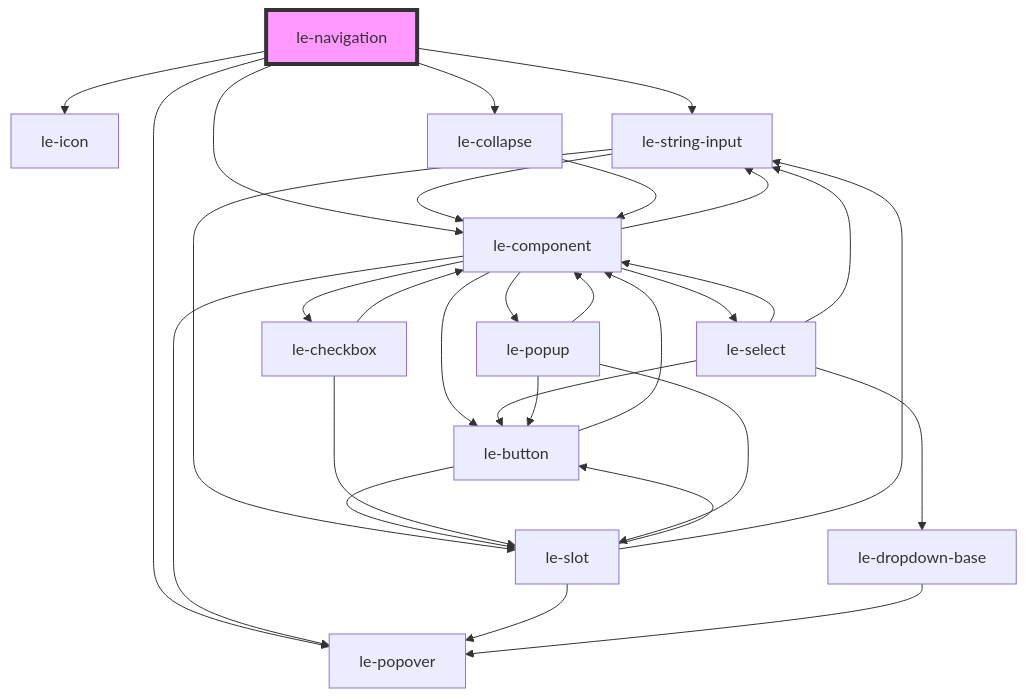
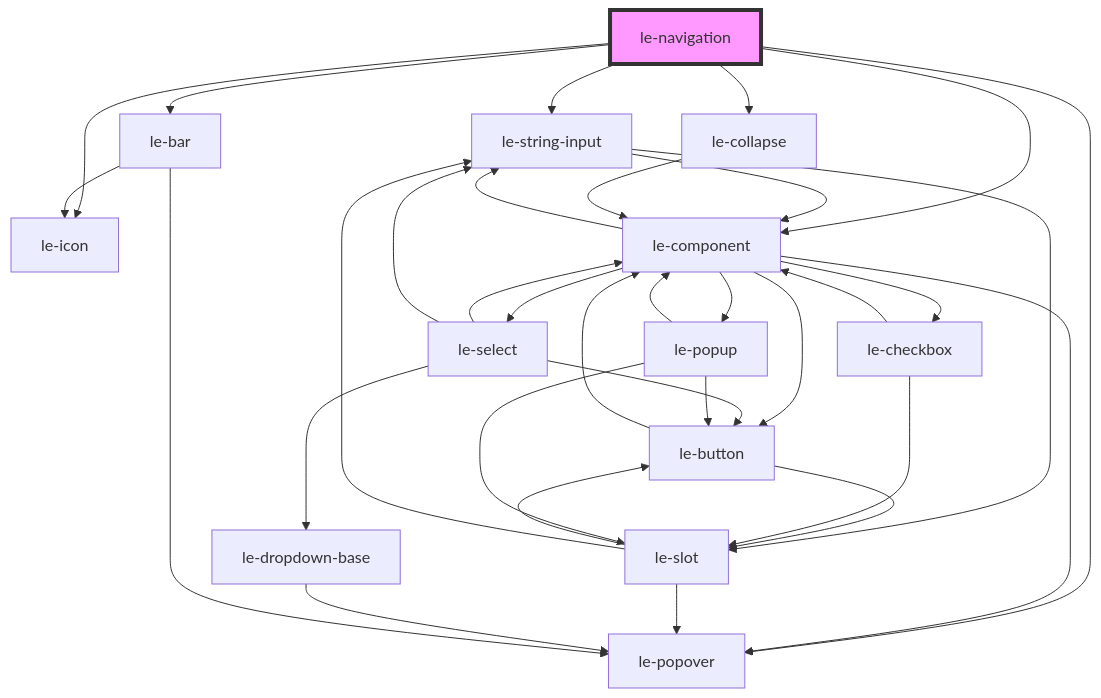
One commit to leechy/le-kit changed the diagram in src/components/le-navigation/readme.md. Above: the diagram before and after it, drawn with Mermaid. The commit also changed other lines of this file and 9 other files, not shown here.

First line of the commit message:
refactor: use le-bar inside le-navigation for horizontal layout

````diff
--- a/src/components/le-navigation/readme.md
+++ b/src/components/le-navigation/readme.md
@@ -68,33 +61,36 @@
 ```mermaid
 graph TD;
+  le-navigation --> le-string-input
   le-navigation --> le-icon
-  le-navigation --> le-string-input
   le-navigation --> le-collapse
   le-navigation --> le-popover
+  le-navigation --> le-bar
   le-navigation --> le-component
   le-string-input --> le-component
   le-string-input --> le-slot
   le-component --> le-button
   le-component --> le-select
   le-component --> le-checkbox
   le-component --> le-string-input
   le-component --> le-popover
   le-component --> le-popup
   le-button --> le-component
   le-button --> le-slot
   le-slot --> le-popover
   le-slot --> le-button
   le-slot --> le-string-input
   le-select --> le-component
   le-select --> le-dropdown-base
   le-select --> le-button
   le-select --> le-string-input
   le-dropdown-base --> le-popover
   le-checkbox --> le-component
   le-checkbox --> le-slot
   le-popup --> le-slot
   le-popup --> le-button
   le-popup --> le-component
   le-collapse --> le-component
+  le-bar --> le-icon
+  le-bar --> le-popover
   style le-navigation fill:#f9f,stroke:#333,stroke-width:4px
 ```
````
